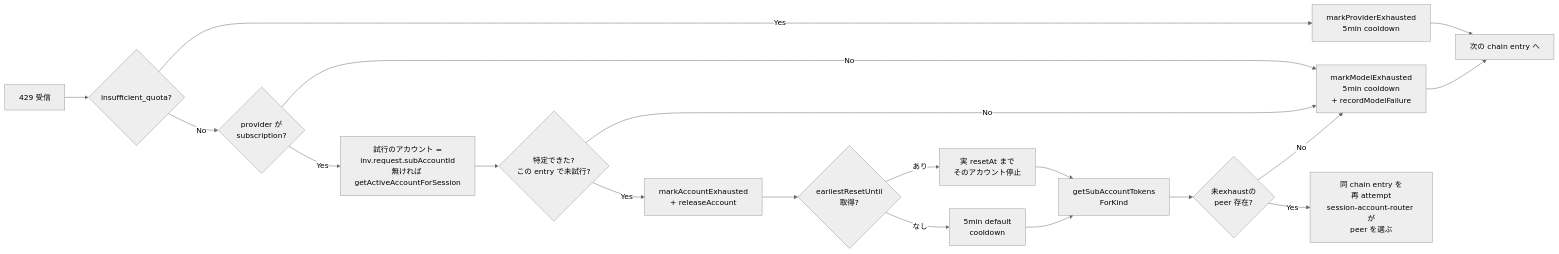
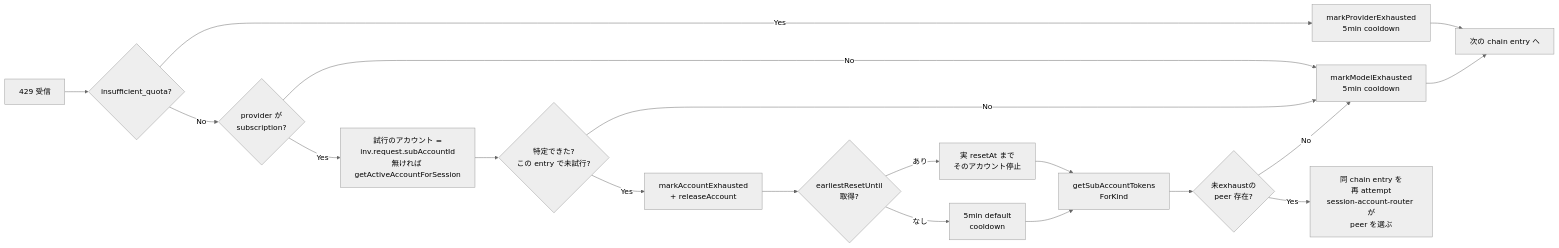
One commit to tkgstrator/rialto changed the second of 3 diagrams in docs/architecture/request-flow.md. Above: the diagram before and after it, drawn with Mermaid (neutral theme). The commit also changed other lines of this file and 14 other files, not shown here.

Commit message:
docs: update architecture and guides for the removal of routing

````diff
--- a/docs/architecture/request-flow.md
+++ b/docs/architecture/request-flow.md
@@ -96,25 +82,25 @@
 ```mermaid
 flowchart LR
   E429[429 受信] --> IQ{insufficient_quota?}
   IQ -- Yes --> MP[markProviderExhausted<br/>5min cooldown]
   MP --> NX[次の chain entry へ]
 
   IQ -- No --> K{provider が<br/>subscription?}
-  K -- No --> ME[markModelExhausted<br/>5min cooldown<br/>+ recordModelFailure]
+  K -- No --> ME[markModelExhausted<br/>5min cooldown]
   ME --> NX
 
   K -- Yes --> SA[試行のアカウント =<br/>inv.request.subAccountId<br/>無ければ getActiveAccountForSession]
   SA --> SA1{特定できた?<br/>この entry で未試行?}
   SA1 -- No --> ME
   SA1 -- Yes --> MA[markAccountExhausted<br/>+ releaseAccount]
 
   MA --> RES{earliestResetUntil<br/>取得?}
   RES -- あり --> MA2[実 resetAt まで<br/>そのアカウント停止]
   RES -- なし --> MA3[5min default<br/>cooldown]
 
   MA2 --> PEER[getSubAccountTokens<br/>ForKind]
   MA3 --> PEER
   PEER --> P{未exhaustの<br/>peer 存在?}
   P -- Yes --> RETRY[同 chain entry を<br/>再 attempt<br/>session-account-router が<br/>peer を選ぶ]
   P -- No --> ME
 ```
````
